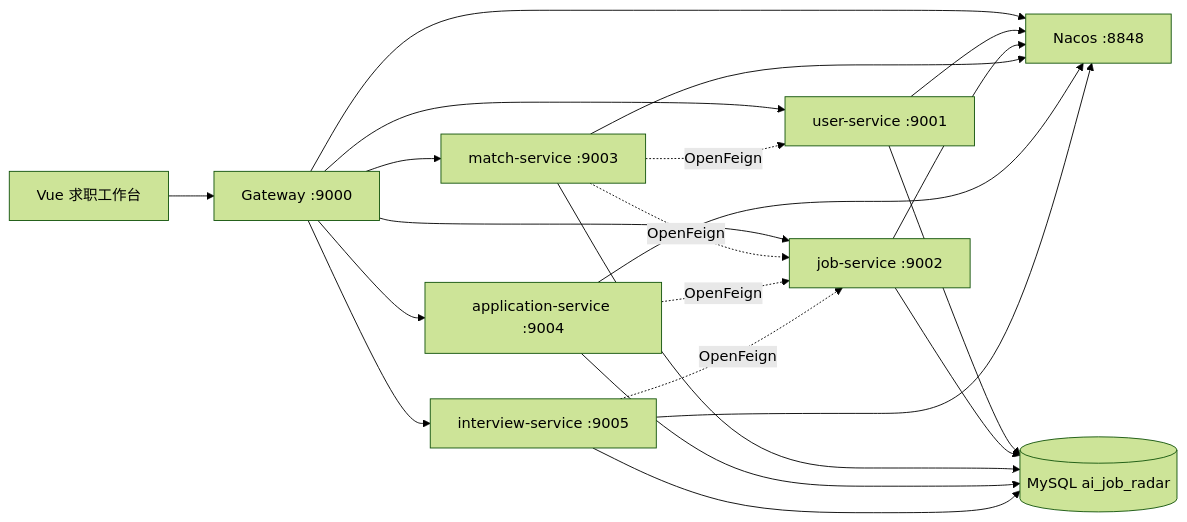
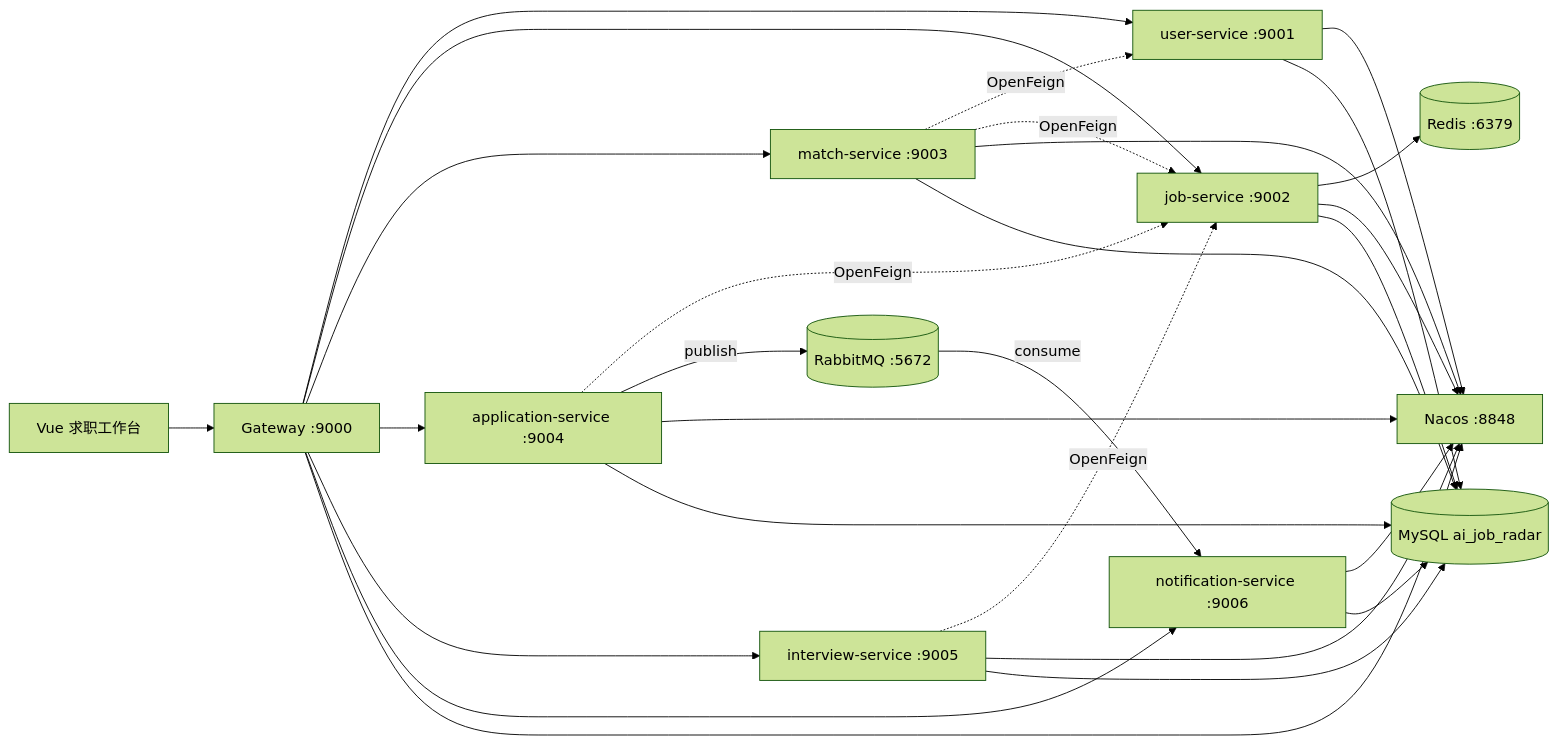
The diagram in README.md (wda131/ai-job-radar-course), drawn with Mermaid (forest theme) before and after one commit. The commit also changed other lines of this file and 4 other files, not shown here.

````diff
--- a/README.md
+++ b/README.md
@@ -19,15 +20,19 @@
 ```mermaid
 flowchart LR
     V[Vue 求职工作台] --> G[Gateway :9000]
     G --> U[user-service :9001]
     G --> J[job-service :9002]
     G --> M[match-service :9003]
     G --> A[application-service :9004]
     G --> I[interview-service :9005]
+    G --> T[notification-service :9006]
     M -. OpenFeign .-> U
     M -. OpenFeign .-> J
     A -. OpenFeign .-> J
     I -. OpenFeign .-> J
-    G & U & J & M & A & I --> N[Nacos :8848]
-    U & J & M & A & I --> DB[(MySQL ai_job_radar)]
+    J --> R[(Redis :6379)]
+    A -- publish --> Q[(RabbitMQ :5672)]
+    Q -- consume --> T
+    G & U & J & M & A & I & T --> N[Nacos :8848]
+    U & J & M & A & I & T --> DB[(MySQL ai_job_radar)]
 ```
````
